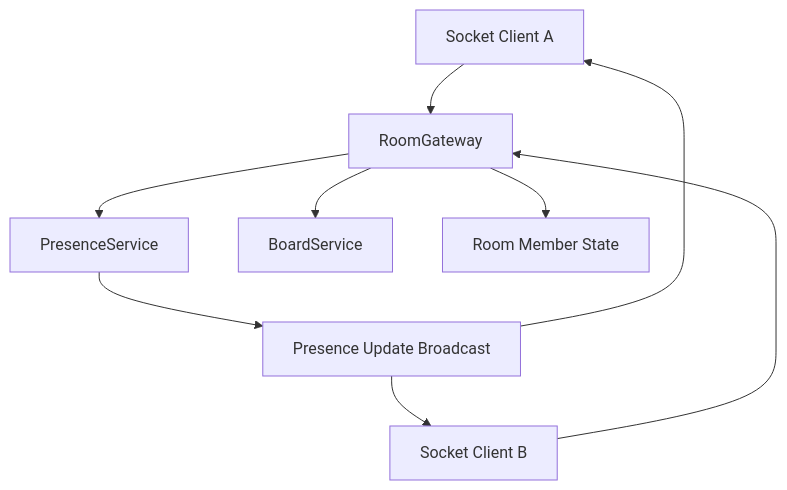
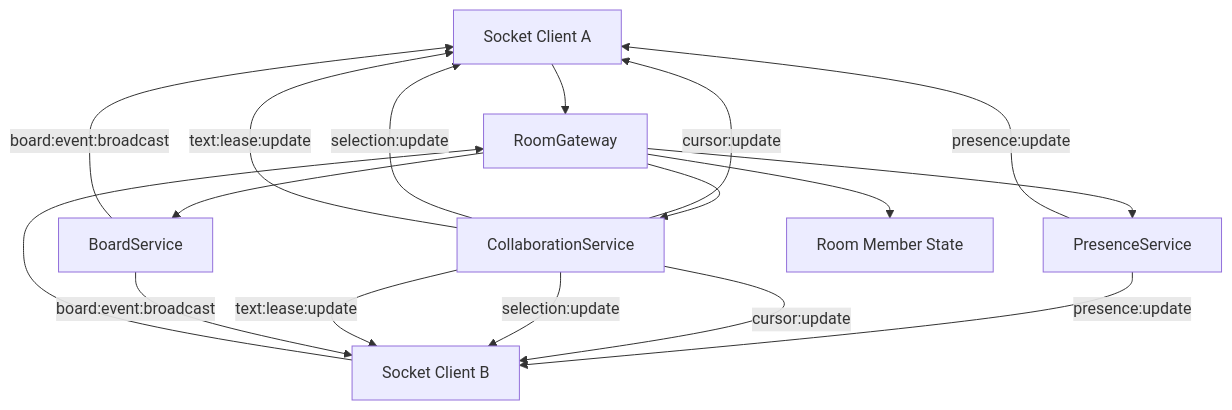
One commit to phapsucongu/white-board changed the seventh of 12 diagrams in REPO_REPORT.md. Above: the diagram before and after it, drawn with Mermaid. The commit also changed other lines of this file and 6 other files, not shown here.

````diff
--- a/REPO_REPORT.md
+++ b/REPO_REPORT.md
@@ -257,19 +354,27 @@
 ```mermaid
 flowchart TD
   A[Socket Client A]
   B[Socket Client B]
   C[RoomGateway]
   D[PresenceService]
-  E[BoardService]
-  F[Room Member State]
-  G[Presence Update Broadcast]
+  E[CollaborationService]
+  F[BoardService]
+  G[Room Member State]
 
   A --> C
   B --> C
   C --> D
   C --> E
-  D --> G
   C --> F
-  G --> A
-  G --> B
+  C --> G
+  D -->|presence:update| A
+  D -->|presence:update| B
+  E -->|cursor:update| A
+  E -->|cursor:update| B
+  E -->|selection:update| A
+  E -->|selection:update| B
+  E -->|text:lease:update| A
+  E -->|text:lease:update| B
+  F -->|board:event:broadcast| A
+  F -->|board:event:broadcast| B
 ```
````
